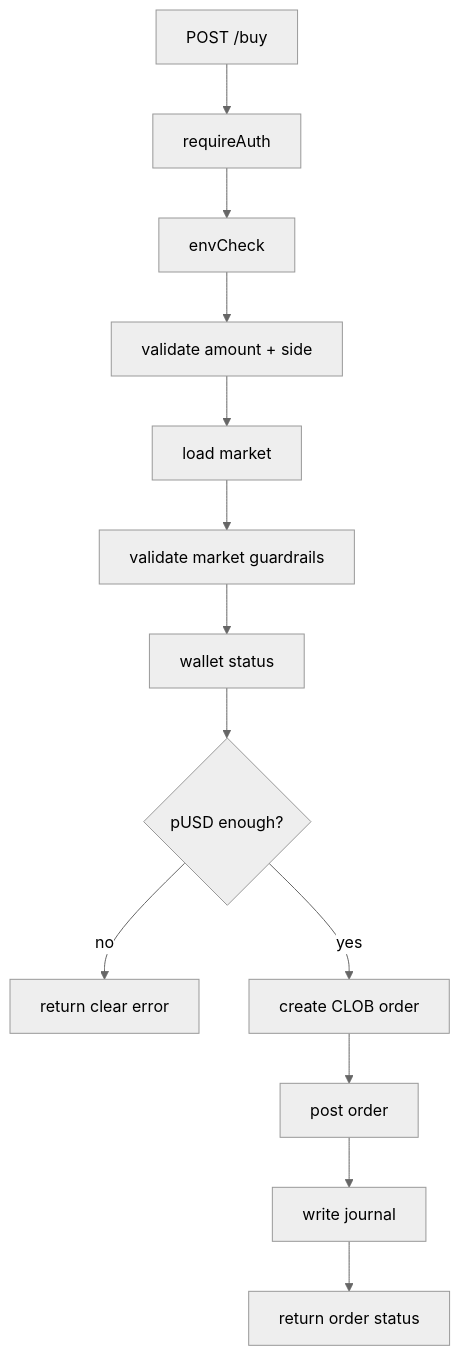
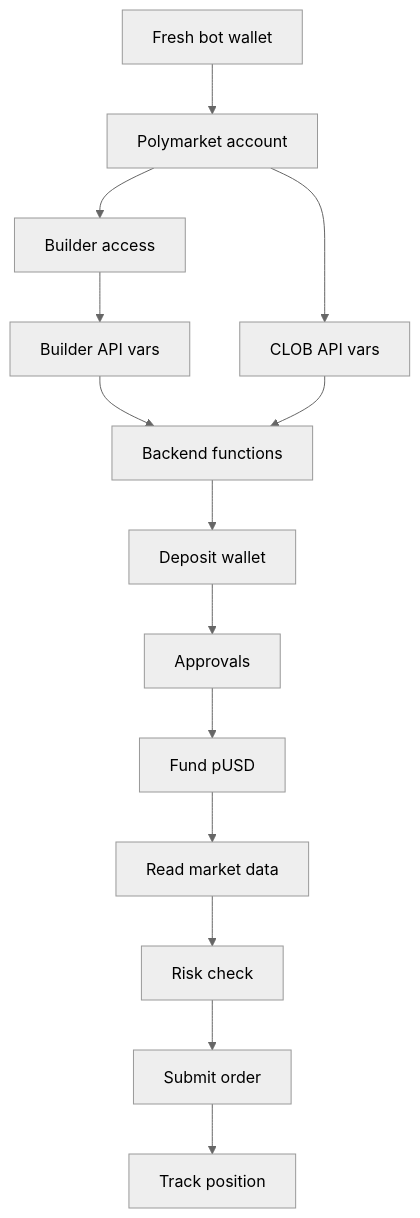
Before and after one commit to alphastack1/POLYMARKET-WIZARD: the diagram in docs/polymarket-wizard-guide.md, drawn with Mermaid (neutral theme). The commit also changed other lines of this file and 3 other files, not shown here.

````diff
--- a/docs/polymarket-wizard-guide.md
+++ b/docs/polymarket-wizard-guide.md
@@ -680,15 +13,16 @@
 ```mermaid
 flowchart TB
-  A["POST /buy"] --> B["requireAuth"]
-  B --> C["envCheck"]
-  C --> D["validate amount + side"]
-  D --> E["load market"]
-  E --> F["validate market guardrails"]
-  F --> G["wallet status"]
-  G --> H{"pUSD enough?"}
-  H -- no --> I["return clear error"]
-  H -- yes --> J["create CLOB order"]
-  J --> K["post order"]
-  K --> L["write journal"]
-  L --> M["return order status"]
+  A["Fresh bot wallet"] --> B["Polymarket account"]
+  B --> C["Builder access"]
+  C --> D["Builder API vars"]
+  B --> E["CLOB API vars"]
+  D --> F["Backend functions"]
+  E --> F
+  F --> G["Deposit wallet"]
+  G --> H["Approvals"]
+  H --> I["Fund pUSD"]
+  I --> J["Read market data"]
+  J --> K["Risk check"]
+  K --> L["Submit order"]
+  L --> M["Track position"]
 ```
````
